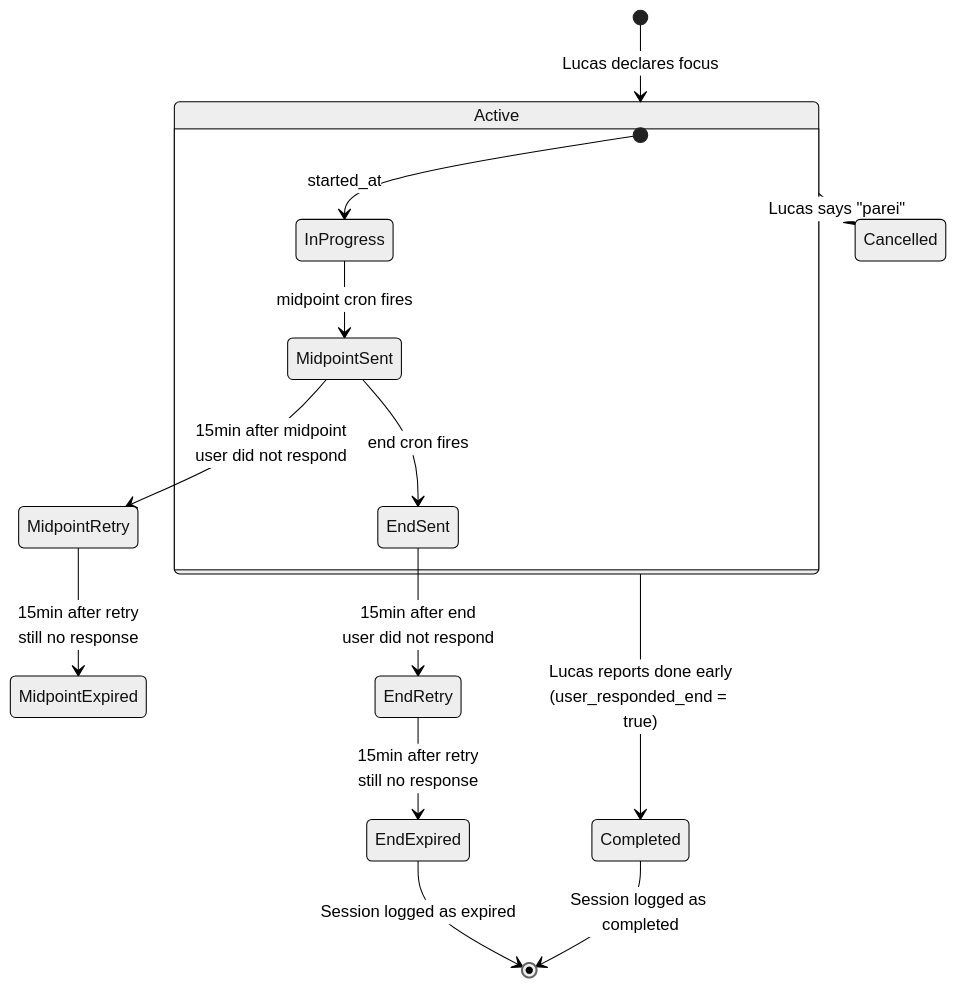
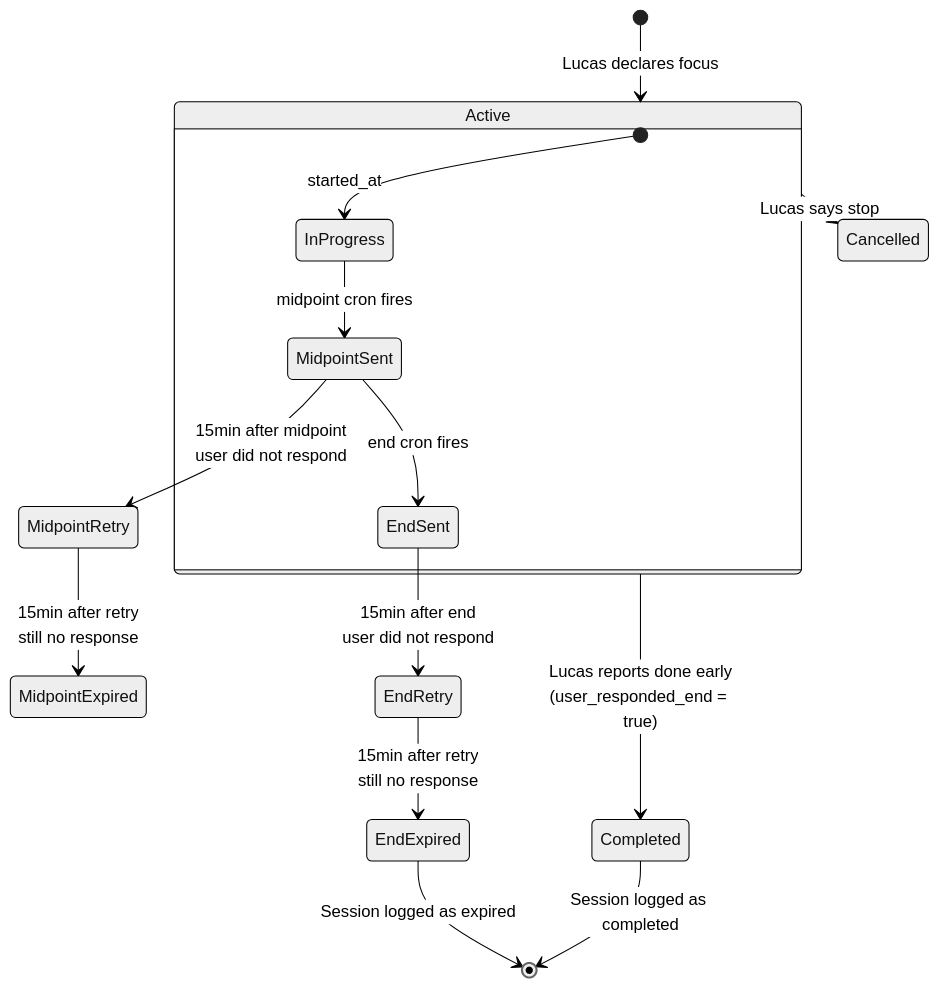
Before and after one commit to augustoolucas/hermes-config: the sixth of 11 diagrams in hermes-data/docs/ACCOUNTABILITY-FLOW.md, drawn with Mermaid (neutral theme). The commit also changed other lines of this file, not shown here.

First line of the commit message:
docs: ACCOUNTABILITY-FLOW.md — complete architecture doc (EN)

````diff
--- a/hermes-data/docs/ACCOUNTABILITY-FLOW.md
+++ b/hermes-data/docs/ACCOUNTABILITY-FLOW.md
@@ -232,22 +332,22 @@
 ```mermaid
 stateDiagram-v2
     [*] --> Active : Lucas declares focus
 
     state Active {
         [*] --> InProgress : started_at
         InProgress --> MidpointSent : midpoint cron fires
         MidpointSent --> EndSent : end cron fires
     }
 
     Active --> Completed : Lucas reports done early<br/>(user_responded_end = true)
     
     MidpointSent --> MidpointRetry : 15min after midpoint<br/>user did not respond
     MidpointRetry --> MidpointExpired : 15min after retry<br/>still no response
     
     EndSent --> EndRetry : 15min after end<br/>user did not respond  
     EndRetry --> EndExpired : 15min after retry<br/>still no response
     
-    Active --> Cancelled : Lucas says "parei"
+    Active --> Cancelled : Lucas says stop
     EndExpired --> [*] : Session logged as expired
     Completed --> [*] : Session logged as completed
 ```
````
